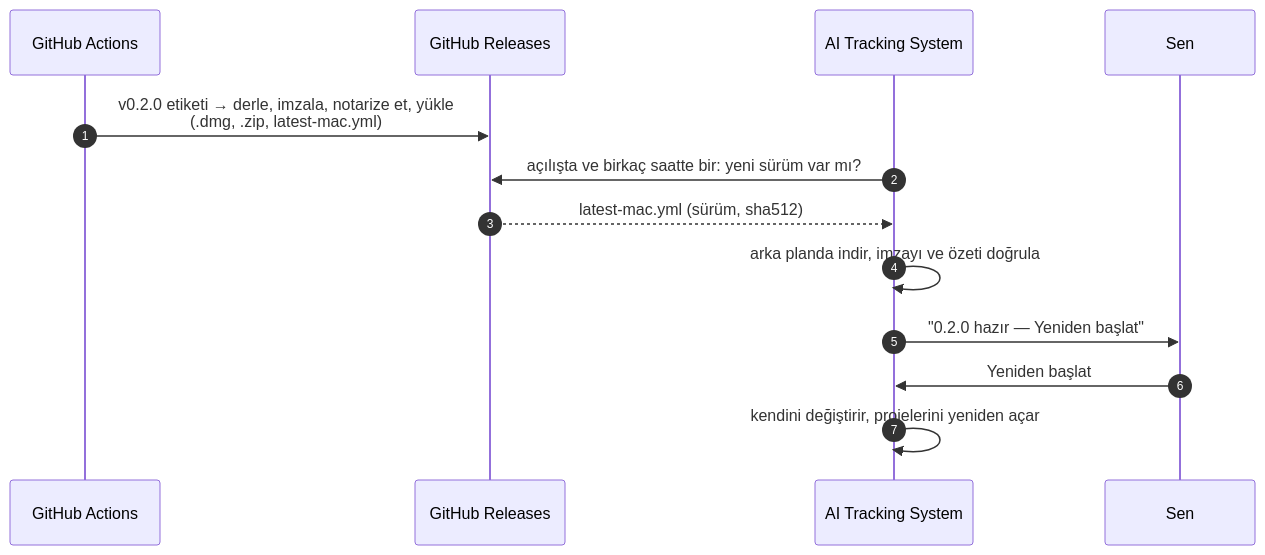
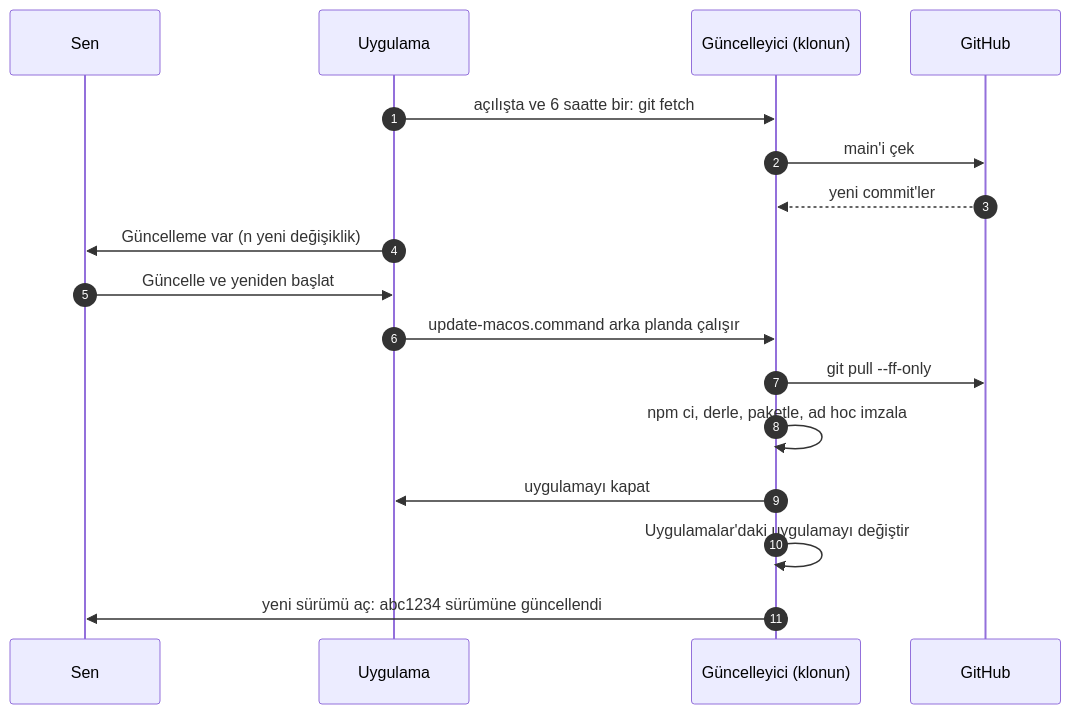
Before and after one commit to mitradeniz/ai-tracking-system: the first of 3 diagrams in README.tr.md, drawn with Mermaid. The commit also changed other lines of this file and 24 other files, not shown here.

````diff
--- a/README.tr.md
+++ b/README.tr.md
@@ -204,15 +204,19 @@
 ```mermaid
 sequenceDiagram
     autonumber
-    participant CI as GitHub Actions
-    participant R as GitHub Releases
-    participant A as AI Tracking System
     participant U as Sen
-    CI->>R: v0.2.0 etiketi → derle, imzala, notarize et, yükle<br/>(.dmg, .zip, latest-mac.yml)
-    A->>R: açılışta ve birkaç saatte bir: yeni sürüm var mı?
-    R-->>A: latest-mac.yml (sürüm, sha512)
-    A->>A: arka planda indir, imzayı ve özeti doğrula
-    A->>U: "0.2.0 hazır — Yeniden başlat"
-    U->>A: Yeniden başlat
-    A->>A: kendini değiştirir, projelerini yeniden açar
+    participant A as Uygulama
+    participant C as Güncelleyici (klonun)
+    participant G as GitHub
+    A->>C: açılışta ve 6 saatte bir: git fetch
+    C->>G: main'i çek
+    G-->>C: yeni commit'ler
+    A->>U: Güncelleme var (n yeni değişiklik)
+    U->>A: Güncelle ve yeniden başlat
+    A->>C: update-macos.command arka planda çalışır
+    C->>G: git pull --ff-only
+    C->>C: npm ci, derle, paketle, ad hoc imzala
+    C->>A: uygulamayı kapat
+    C->>C: Uygulamalar'daki uygulamayı değiştir
+    C->>U: yeni sürümü aç: abc1234 sürümüne güncellendi
 ```
````
